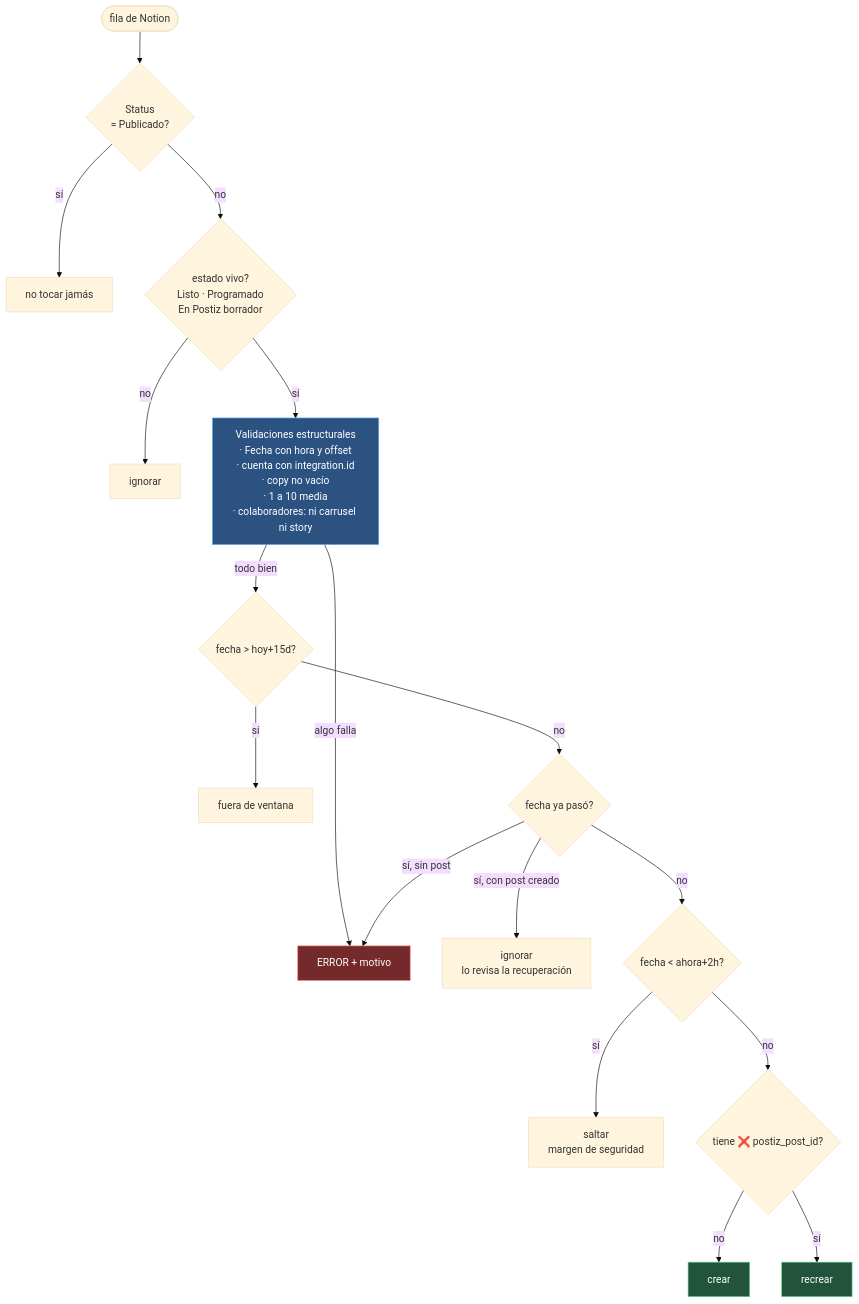
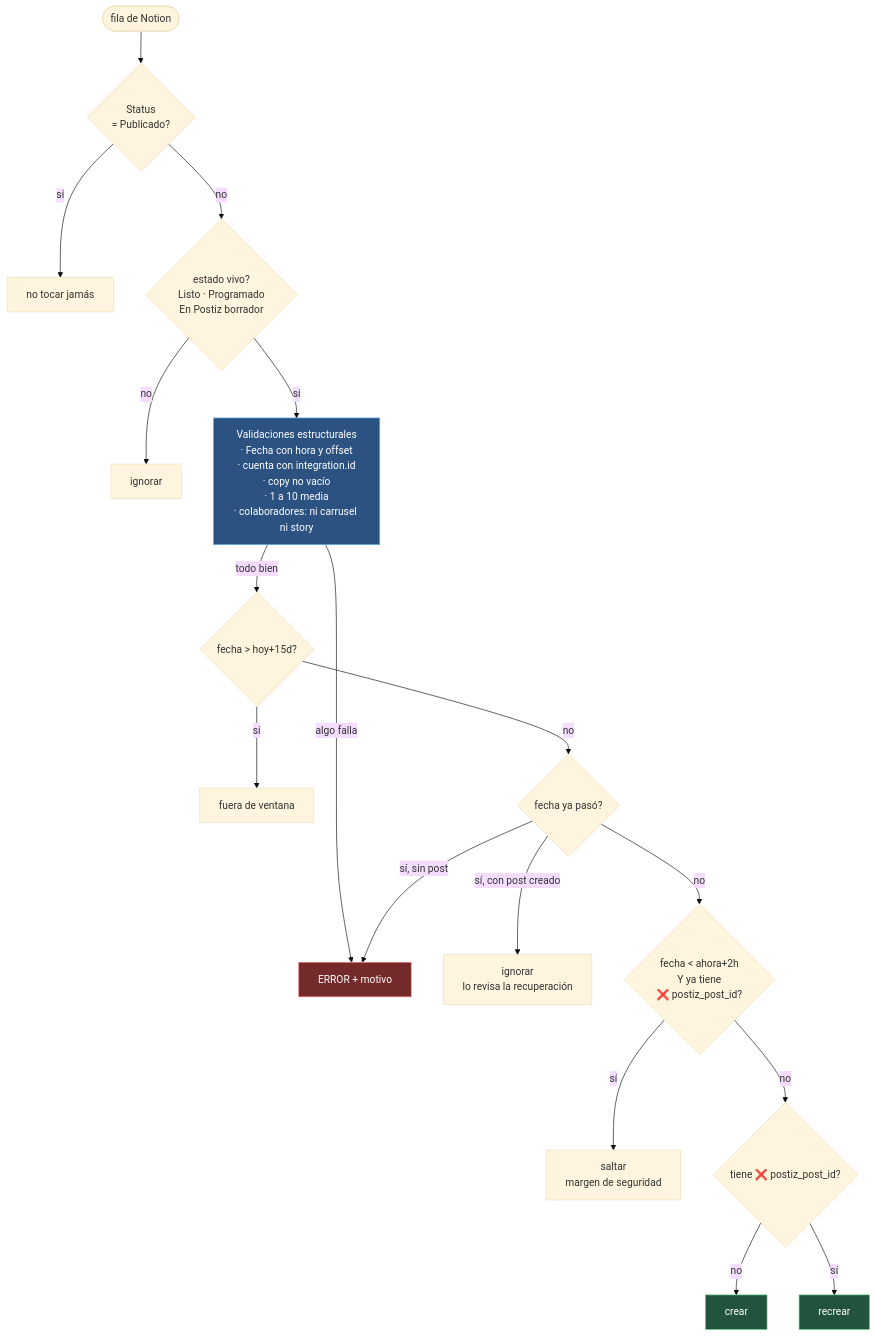
Before and after one commit to dustin-calderon/postiz-app: the third of 11 diagrams in docs/architecture/CONTENT_PIPELINE_DIAGRAMS.md, drawn with Mermaid (base theme). The commit also changed other lines of this file and 1 other file, not shown here.

````diff
--- a/docs/architecture/CONTENT_PIPELINE_DIAGRAMS.md
+++ b/docs/architecture/CONTENT_PIPELINE_DIAGRAMS.md
@@ -104,26 +108,26 @@
 ```mermaid
 flowchart TD
     START(["fila de Notion"]) --> P1{"Status<br/>= Publicado?"}
     P1 -->|sí| NT["no tocar jamás"]
     P1 -->|no| P2{"estado vivo?<br/>Listo · Programado<br/>En Postiz borrador"}
     P2 -->|no| IG1["ignorar"]
 
     P2 -->|sí| V["Validaciones estructurales<br/>· Fecha con hora y offset<br/>· cuenta con integration.id<br/>· copy no vacío<br/>· 1 a 10 media<br/>· colaboradores: ni carrusel ni story"]
     V -->|"algo falla"| ERR["ERROR + motivo"]
 
     V -->|"todo bien"| W{"fecha > hoy+15d?"}
     W -->|sí| FV["fuera de ventana"]
     W -->|no| PA{"fecha ya pasó?"}
     PA -->|"sí, con post creado"| REC["ignorar<br/>lo revisa la recuperación"]
     PA -->|"sí, sin post"| ERR
-    PA -->|no| M{"fecha < ahora+2h?"}
+    PA -->|no| M{"fecha < ahora+2h<br/>Y ya tiene<br/>❌ postiz_post_id?"}
     M -->|sí| SALT["saltar<br/>margen de seguridad"]
     M -->|no| CR{"tiene ❌ postiz_post_id?"}
     CR -->|no| CREAR["crear"]
     CR -->|sí| RECREAR["recrear"]
 
     style V fill:#2c5282,stroke:#63b3ed,color:#fff
     style ERR fill:#742a2a,stroke:#fc8181,color:#fff
     style CREAR fill:#22543d,stroke:#68d391,color:#fff
     style RECREAR fill:#22543d,stroke:#68d391,color:#fff
 ```
````
